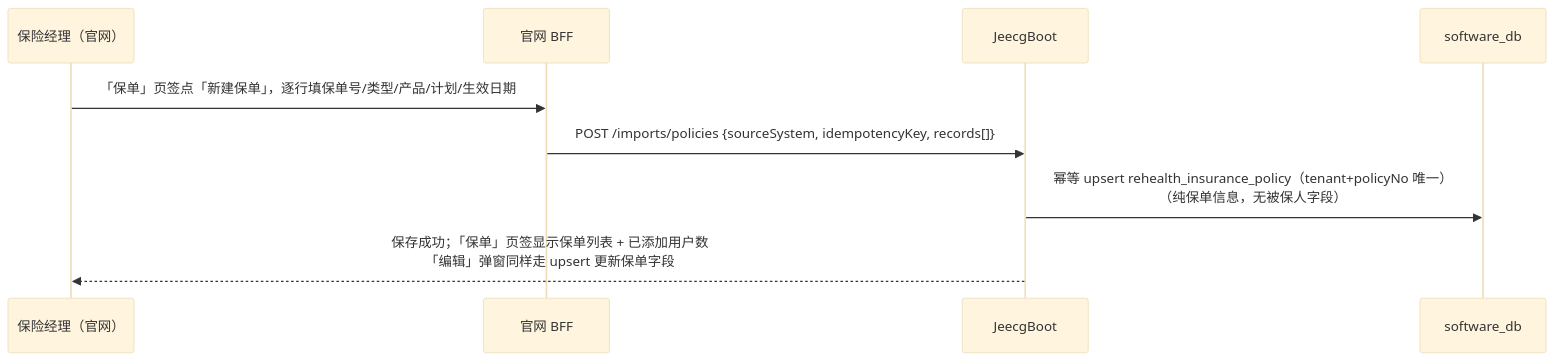
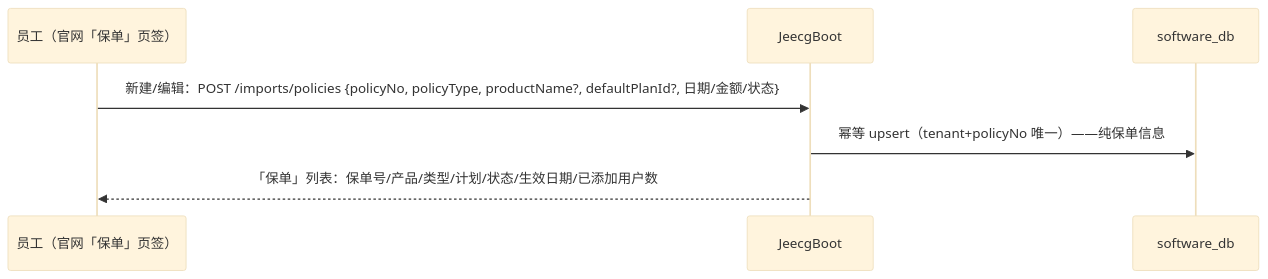
One commit to wjmlong/rehealth_tongbu changed the second of 5 diagrams in docs/保险侧保单与计划管理.md. Above: the diagram before and after it, drawn with Mermaid (base theme). The commit also changed other lines of this file and 4 other files, not shown here.

````diff
--- a/docs/保险侧保单与计划管理.md
+++ b/docs/保险侧保单与计划管理.md
@@ -553,11 +43,9 @@
 ```mermaid
 sequenceDiagram
-    participant M as 保险经理（官网）
-    participant BFF as 官网 BFF
+    participant M as 员工（官网「保单」页签）
     participant JEE as JeecgBoot
     participant DB as software_db
-    M->>BFF: 「保单」页签点「新建保单」，逐行填保单号/类型/产品/计划/生效日期
-    BFF->>JEE: POST /imports/policies {sourceSystem, idempotencyKey, records[]}
-    JEE->>DB: 幂等 upsert rehealth_insurance_policy（tenant+policyNo 唯一）<br>（纯保单信息，无被保人字段）
-    JEE-->>M: 保存成功；「保单」页签显示保单列表 + 已添加用户数<br>「编辑」弹窗同样走 upsert 更新保单字段
+    M->>JEE: 新建/编辑：POST /imports/policies {policyNo, policyType, productName?, defaultPlanId?, 日期/金额/状态}
+    JEE->>DB: 幂等 upsert（tenant+policyNo 唯一）——纯保单信息
+    JEE-->>M: 「保单」列表：保单号/产品/类型/计划/状态/生效日期/已添加用户数
 ```
````
